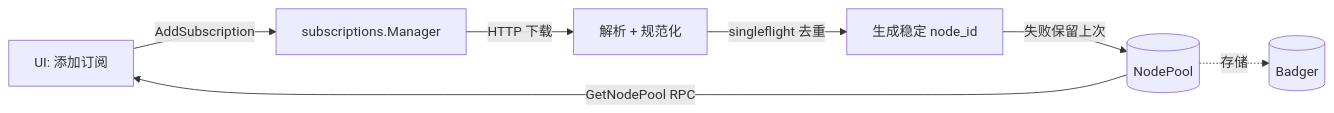
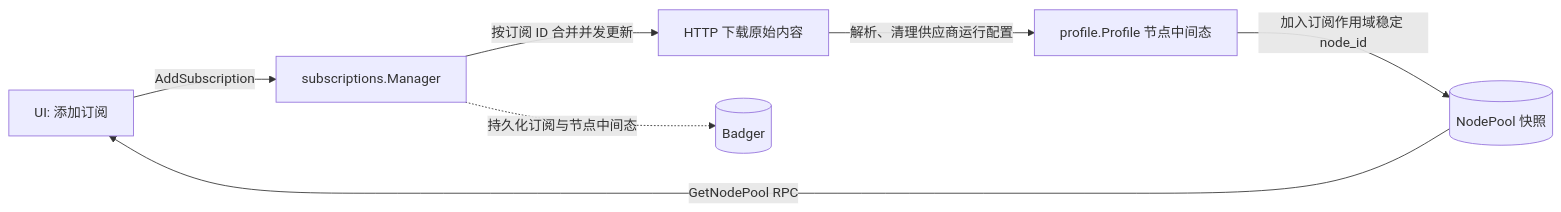
Before and after one commit to TargetProxy/TargetLib: the second of 5 diagrams in docs/DESIGN.md, drawn with Mermaid. The commit also changed other lines of this file and 40 other files, not shown here.

````diff
--- a/docs/DESIGN.md
+++ b/docs/DESIGN.md
@@ -68,9 +71,9 @@
 ```mermaid
 flowchart LR
     UI[UI: 添加订阅] -->|AddSubscription| SUB[subscriptions.Manager]
-    SUB -->|HTTP 下载| FETCH[解析 + 规范化]
-    FETCH -->|singleflight 去重| PARSE[生成稳定 node_id]
-    PARSE -->|失败保留上次| POOL[(NodePool)]
-    POOL -.存储.-> STORE[(Badger)]
+    SUB -->|按订阅 ID 合并并发更新| FETCH[HTTP 下载原始内容]
+    FETCH -->|解析、清理供应商运行配置| IR[profile.Profile 节点中间态]
+    IR -->|加入订阅作用域稳定 node_id| POOL[(NodePool 快照)]
+    SUB -.持久化订阅与节点中间态.-> STORE[(Badger)]
     POOL -->|GetNodePool RPC| UI
 ```
````
